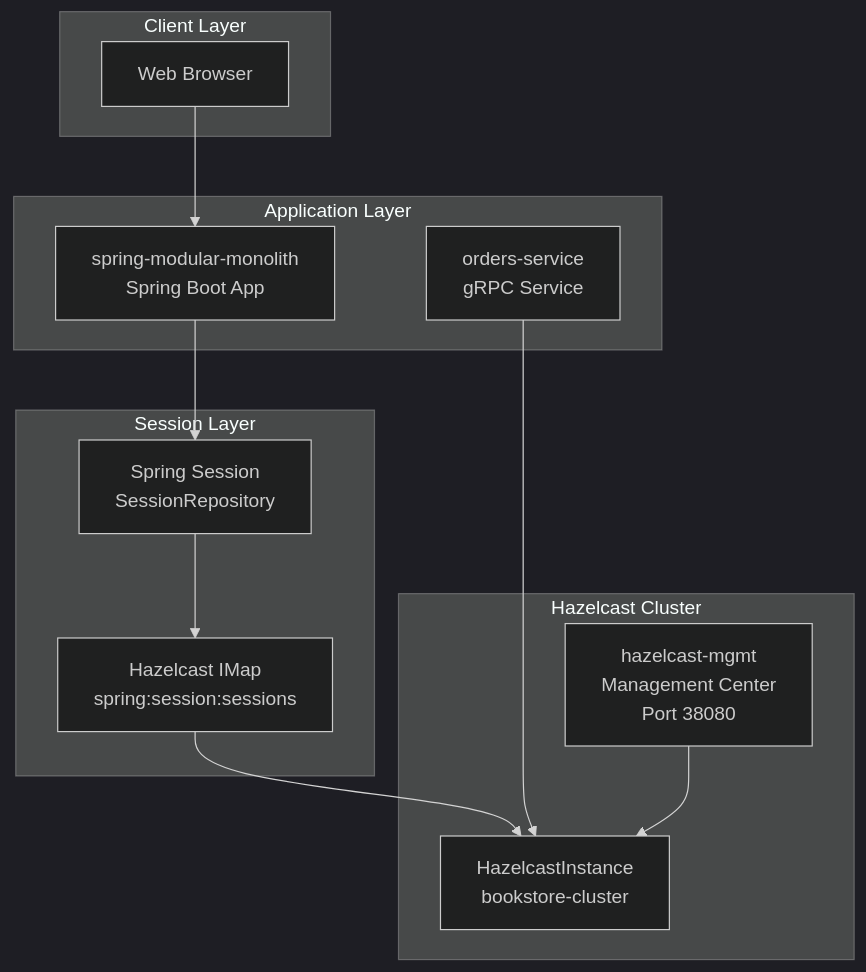
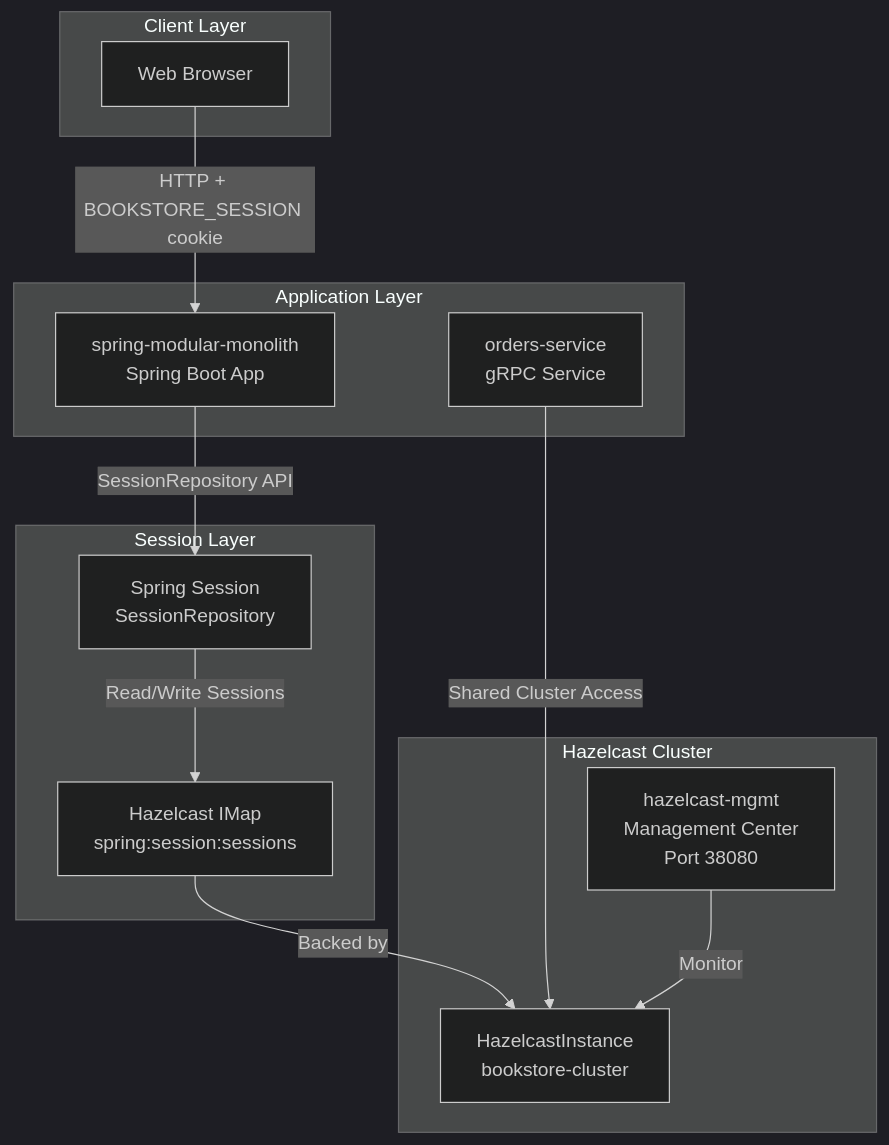
Before and after one commit to philipz/spring-modular-monolith: the first of 7 diagrams in docs/deepwiki/Session-Management-with-Hazelcast.md, drawn with Mermaid (dark theme). The commit also changed other lines of this file and 55 other files, not shown here.

````diff
--- a/docs/deepwiki/Session-Management-with-Hazelcast.md
+++ b/docs/deepwiki/Session-Management-with-Hazelcast.md
@@ -32,37 +32,37 @@
 ```mermaid
 flowchart TD
 
 Browser["Web Browser"]
 Monolith["spring-modular-monolith<br>Spring Boot App"]
 OrdersService["orders-service<br>gRPC Service"]
 SpringSession["Spring Session<br>SessionRepository"]
 HZSessionMap["Hazelcast IMap<br>spring:session:sessions"]
 HZInstance["HazelcastInstance<br>bookstore-cluster"]
 HZMgmt["hazelcast-mgmt<br>Management Center<br>Port 38080"]
 
-Browser --> Monolith
-Monolith --> SpringSession
-HZSessionMap --> HZInstance
-OrdersService --> HZInstance
+Browser -->|"HTTP + BOOKSTORE_SESSION cookie"| Monolith
+Monolith -->|"SessionRepository API"| SpringSession
+HZSessionMap -->|"Backed by"| HZInstance
+OrdersService -->|"Shared Cluster Access"| HZInstance
 
 subgraph subGraph3 ["Hazelcast Cluster"]
     HZInstance
     HZMgmt
-    HZMgmt --> HZInstance
+    HZMgmt -->|"Monitor"| HZInstance
 end
 
 subgraph subGraph2 ["Session Layer"]
     SpringSession
     HZSessionMap
-    SpringSession --> HZSessionMap
+    SpringSession -->|"Read/Write Sessions"| HZSessionMap
 end
 
 subgraph subGraph1 ["Application Layer"]
     Monolith
     OrdersService
 end
 
 subgraph subGraph0 ["Client Layer"]
     Browser
 end
 ```
````
